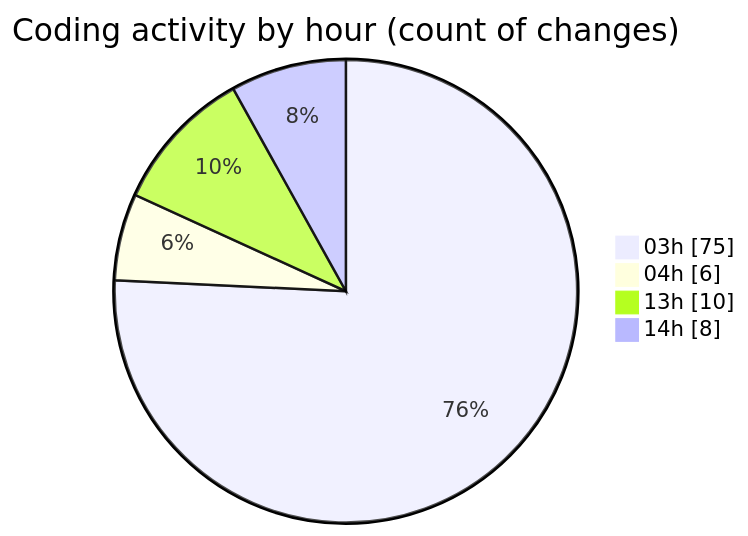
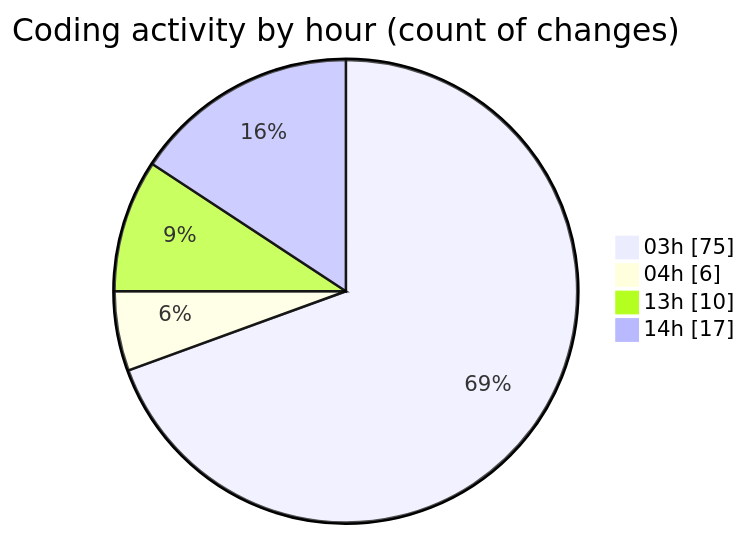
Before and after one commit to ernivani/code-tracking: the second of 2 diagrams in repositories/2024-12-28/leetcode-solutions/README.md, drawn with Mermaid. The commit also changed other lines of this file and 1 other file, not shown here.

````diff
--- a/repositories/2024-12-28/leetcode-solutions/README.md
+++ b/repositories/2024-12-28/leetcode-solutions/README.md
@@ -53,8 +57,8 @@
 ```mermaid
 pie showData
 title Coding activity by hour (count of changes)
 "03h" : 75
 "04h" : 6
 "13h" : 10
-"14h" : 8
+"14h" : 17
 ```
````
